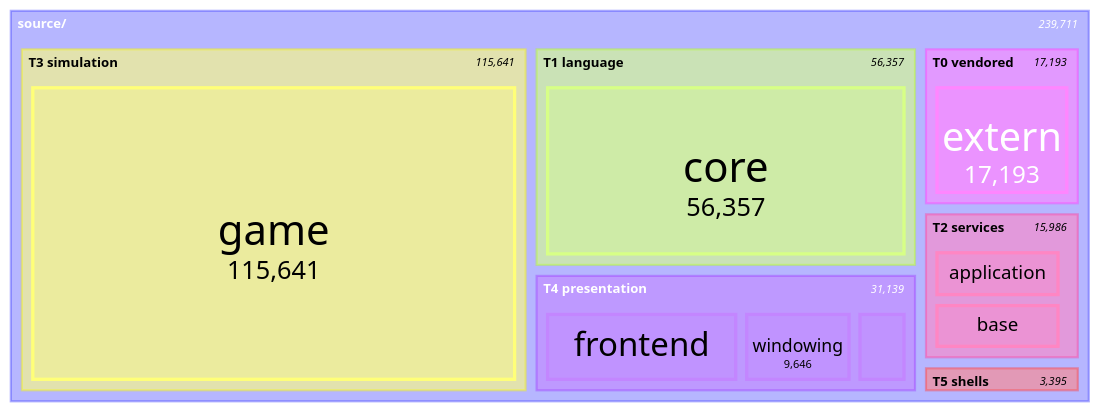
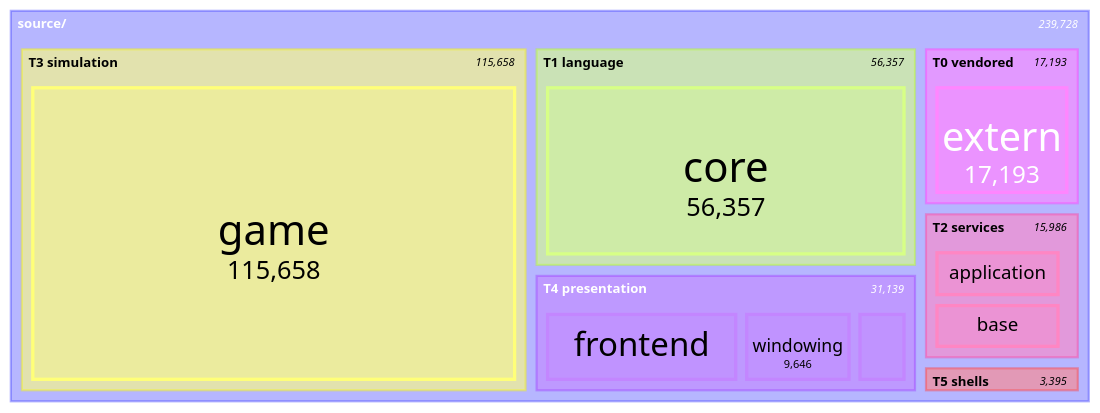
One commit to apnex/OpenStarbound changed the seventh of 11 diagrams in docs/architecture/system-boundaries.md. Above: the diagram before and after it, drawn with Mermaid. The commit also changed other lines of this file and 3 other files, not shown here.

````diff
--- a/docs/architecture/system-boundaries.md
+++ b/docs/architecture/system-boundaries.md
@@ -592,22 +592,22 @@
 ```mermaid
 treemap-beta
 "source/"
     "T0 vendored"
         "extern": 17193
     "T1 language"
         "core": 56357
     "T2 services"
         "application": 7529
         "base": 7468
         "metrics": 847
         "platform": 142
     "T3 simulation"
-        "game": 115641
+        "game": 115658
     "T4 presentation"
         "frontend": 16863
         "windowing": 9646
         "rendering": 4630
     "T5 shells"
         "client": 2612
         "server": 783
 ```
````
